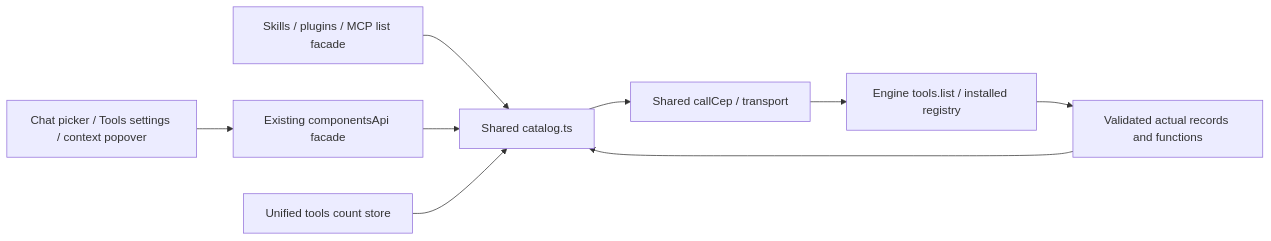
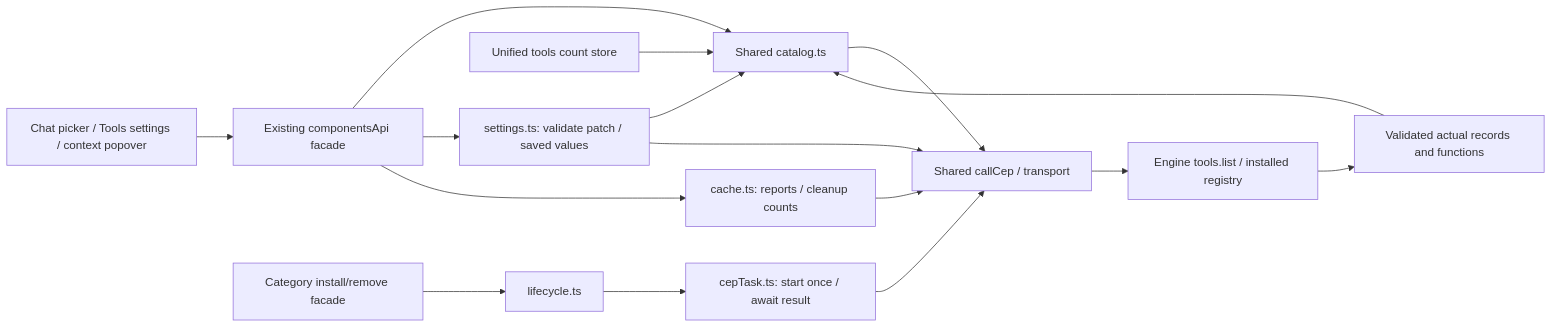
One commit to cluaiz/cluaiz-app changed the diagram in src/api/engine/tools/README.md. Above: the diagram before and after it, drawn with Mermaid. The commit also changed other lines of this file and 24 other files, not shown here.

Commit message:
fix(app/tools): connect settings and cache controls to CEP

````diff
--- a/src/api/engine/tools/README.md
+++ b/src/api/engine/tools/README.md
@@ -12,11 +12,18 @@
 ```mermaid
 flowchart LR
     F["Chat picker / Tools settings / context popover"] --> C["Existing componentsApi facade"]
     S["Skills / plugins / MCP list facade"] --> R["Shared catalog.ts"]
     C --> R
     N["Unified tools count store"] --> R
     R --> P["Shared callCep / transport"]
     P --> E["Engine tools.list / installed registry"]
     E --> V["Validated actual records and functions"]
     V --> R
+    C --> S["settings.ts: validate patch / saved values"]
+    C --> K["cache.ts: reports / cleanup counts"]
+    S --> P
+    K --> P
+    L["Category install/remove facade"] --> O["lifecycle.ts"]
+    O --> T["cepTask.ts: start once / await result"]
+    T --> P
 ```
````
